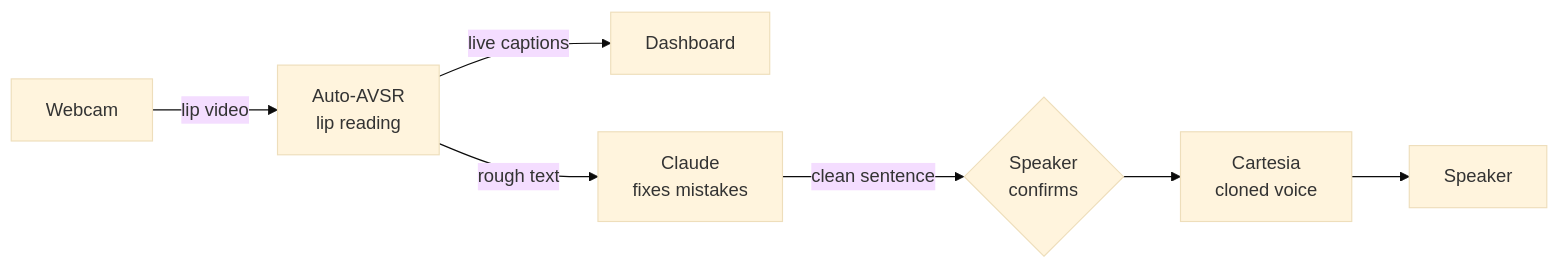
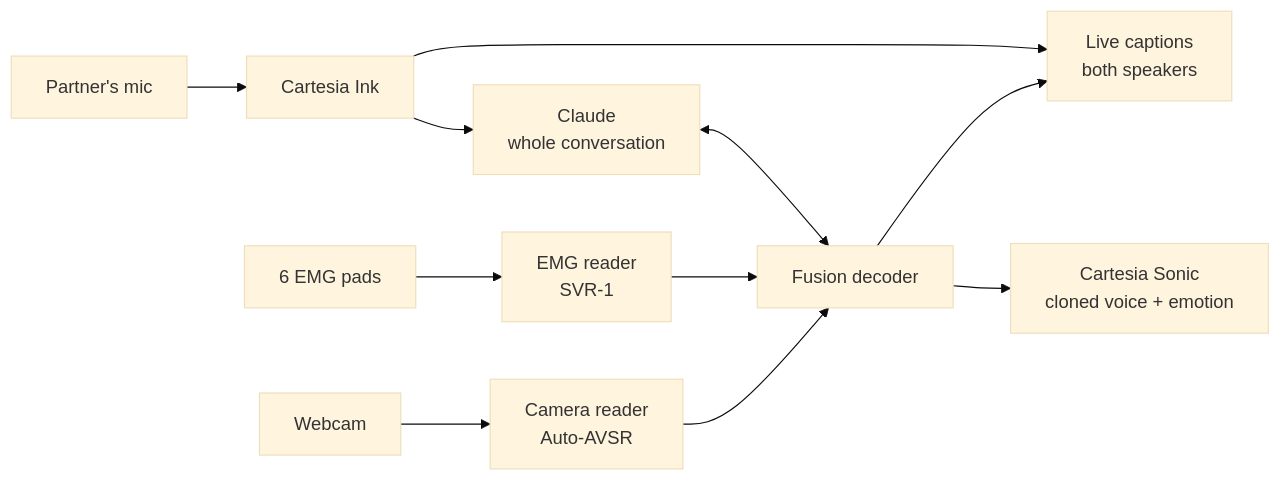
The diagram in README.md (thaimtl/Reclaim), drawn with Mermaid (base theme) before and after one commit. The commit also changed other lines of this file and 19 other files, not shown here.

````diff
--- a/README.md
+++ b/README.md
@@ -26,9 +21,13 @@
 ```mermaid
 flowchart LR
-    W[Webcam] -->|lip video| AV[Auto-AVSR<br/>lip reading]
-    AV -->|live captions| D[Dashboard]
-    AV -->|rough text| CL[Claude<br/>fixes mistakes]
-    CL -->|clean sentence| OK{Speaker<br/>confirms}
-    OK --> V[Cartesia<br/>cloned voice]
-    V --> S[Speaker]
+    W[Webcam] --> AV[Camera reader<br/>Auto-AVSR]
+    P[6 EMG pads] --> E[EMG reader<br/>SVR-1]
+    AV --> D[Fusion decoder]
+    E --> D
+    M[Partner's mic] --> I[Cartesia Ink]
+    I --> C[Claude<br/>whole conversation]
+    C <--> D
+    D --> CAP[Live captions<br/>both speakers]
+    I --> CAP
+    D --> V[Cartesia Sonic<br/>cloned voice + emotion]
 ```
````
